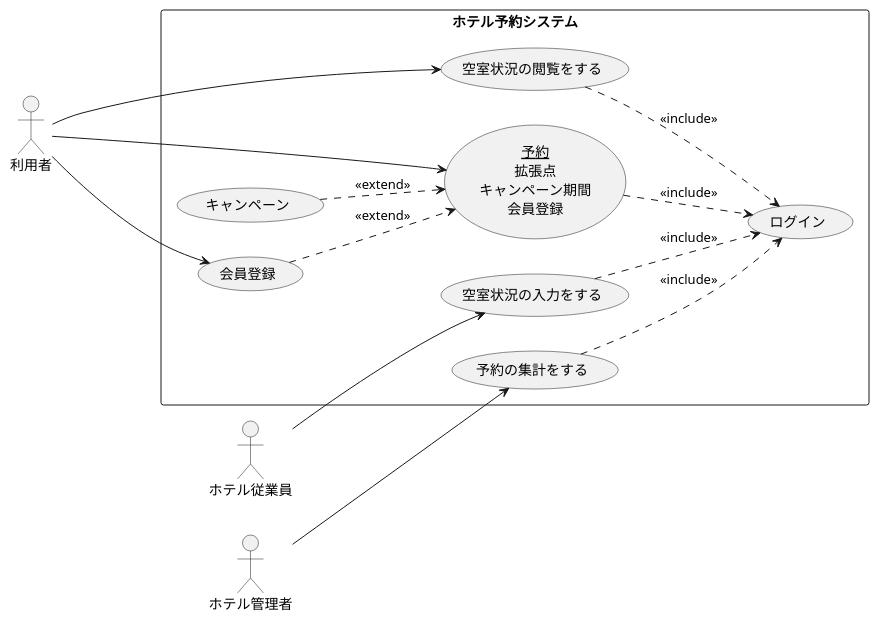
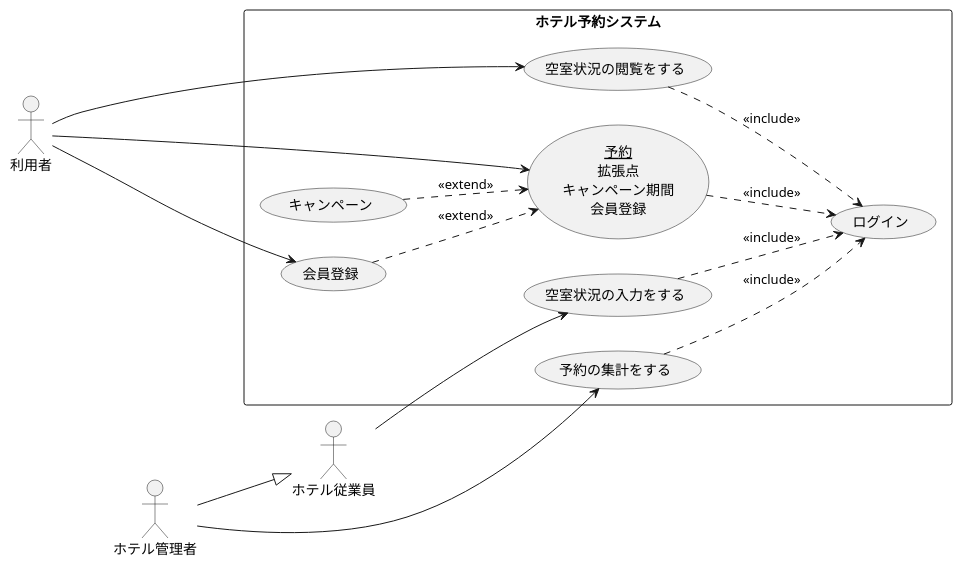
One commit to kenkensan/uml-introduction changed the diagram in 演習2-8_UC_ホテル予約システム.pu. Above: the diagram before and after it, drawn with PlantUML.

Commit message:
趨勢

```diff
--- a/演習2-8_UC_ホテル予約システム.pu
+++ b/演習2-8_UC_ホテル予約システム.pu
@@ -1,26 +1,27 @@
 @startuml 演習2-8
 left to right direction
 actor 利用者
 actor ホテル従業員
 actor ホテル管理者
 rectangle ホテル予約システム{
 usecase (<u>予約</u>\n拡張点\nキャンペーン期間\n会員登録) as 部屋の予約をする
 usecase キャンペーン
 usecase ログイン
 usecase 空室状況の入力をする
 usecase 空室状況の閲覧をする
 usecase 予約の集計をする
 usecase 会員登録
 }
 利用者 ---> 会員登録
  ホテル従業員-->空室状況の入力をする
  利用者-->部屋の予約をする
 利用者-->空室状況の閲覧をする
  ホテル管理者-->予約の集計をする
 キャンペーン ..>部屋の予約をする:<<extend>>
 部屋の予約をする ..> ログイン:<<include>>
 空室状況の入力をする ..> ログイン:<<include>>
 空室状況の閲覧をする ..> ログイン:<<include>>
 予約の集計をする ..> ログイン:<<include>>
 会員登録 ..>部屋の予約をする : <<extend>>
+ホテル管理者--|>ホテル従業員
 @enduml
```
